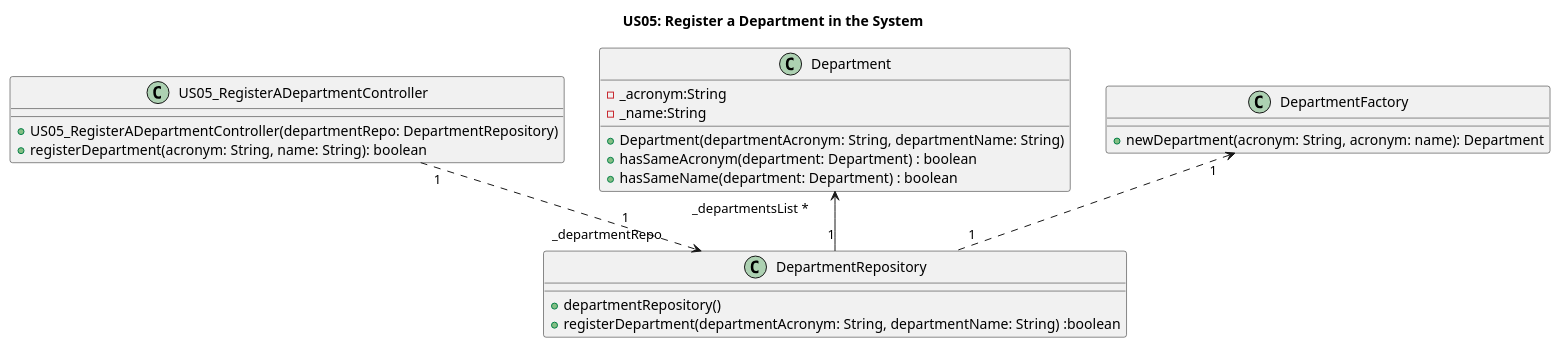
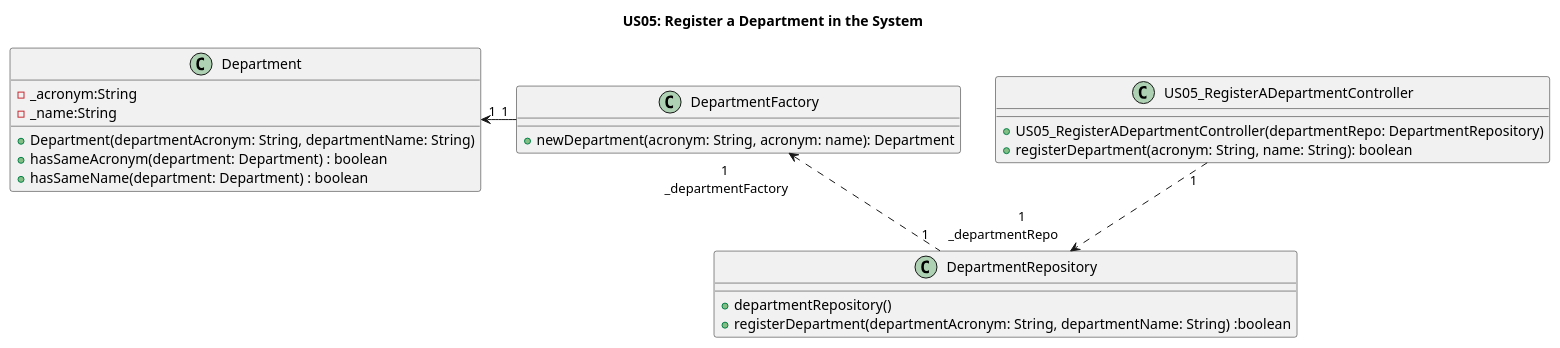
One commit to GasparISEP/DevOps-PAI changed the diagram in docs/US05/US05_DepartmentRegistryClassDiagram.puml. Above: the diagram before and after it, drawn with PlantUML.

Commit message:
Update US05 class diagram: changed navigability between classes

```diff
--- a/docs/US05/US05_DepartmentRegistryClassDiagram.puml
+++ b/docs/US05/US05_DepartmentRegistryClassDiagram.puml
@@ -1,30 +1,30 @@
 @startuml
 title US05: Register a Department in the System
 'left to right direction
 
 class US05_RegisterADepartmentController {
     +US05_RegisterADepartmentController(departmentRepo: DepartmentRepository)
     +registerDepartment(acronym: String, name: String): boolean
 }
 
 class Department {
     -_acronym:String
     -_name:String
     +Department(departmentAcronym: String, departmentName: String)
     +hasSameAcronym(department: Department) : boolean
     +hasSameName(department: Department) : boolean
 }
 
 class DepartmentRepository {
     +departmentRepository()
     +registerDepartment(departmentAcronym: String, departmentName: String) :boolean
 }
 
 class DepartmentFactory {
     +newDepartment(acronym: String, acronym: name): Department
 }
 
 US05_RegisterADepartmentController "1" ..> "       1\n_departmentRepo    " DepartmentRepository
-Department "_departmentsList *      " <-- "1" DepartmentRepository
-DepartmentFactory "1" <.. "1" DepartmentRepository
+Department "1" <- "1" DepartmentFactory
+DepartmentFactory "1\n _departmentFactory" <.. "1" DepartmentRepository
 @enduml
```
